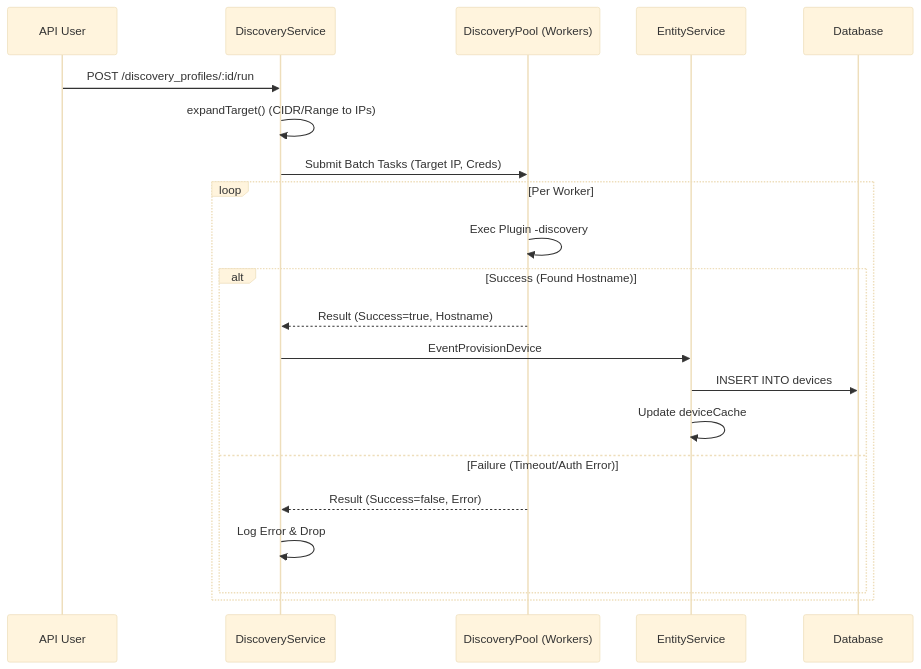
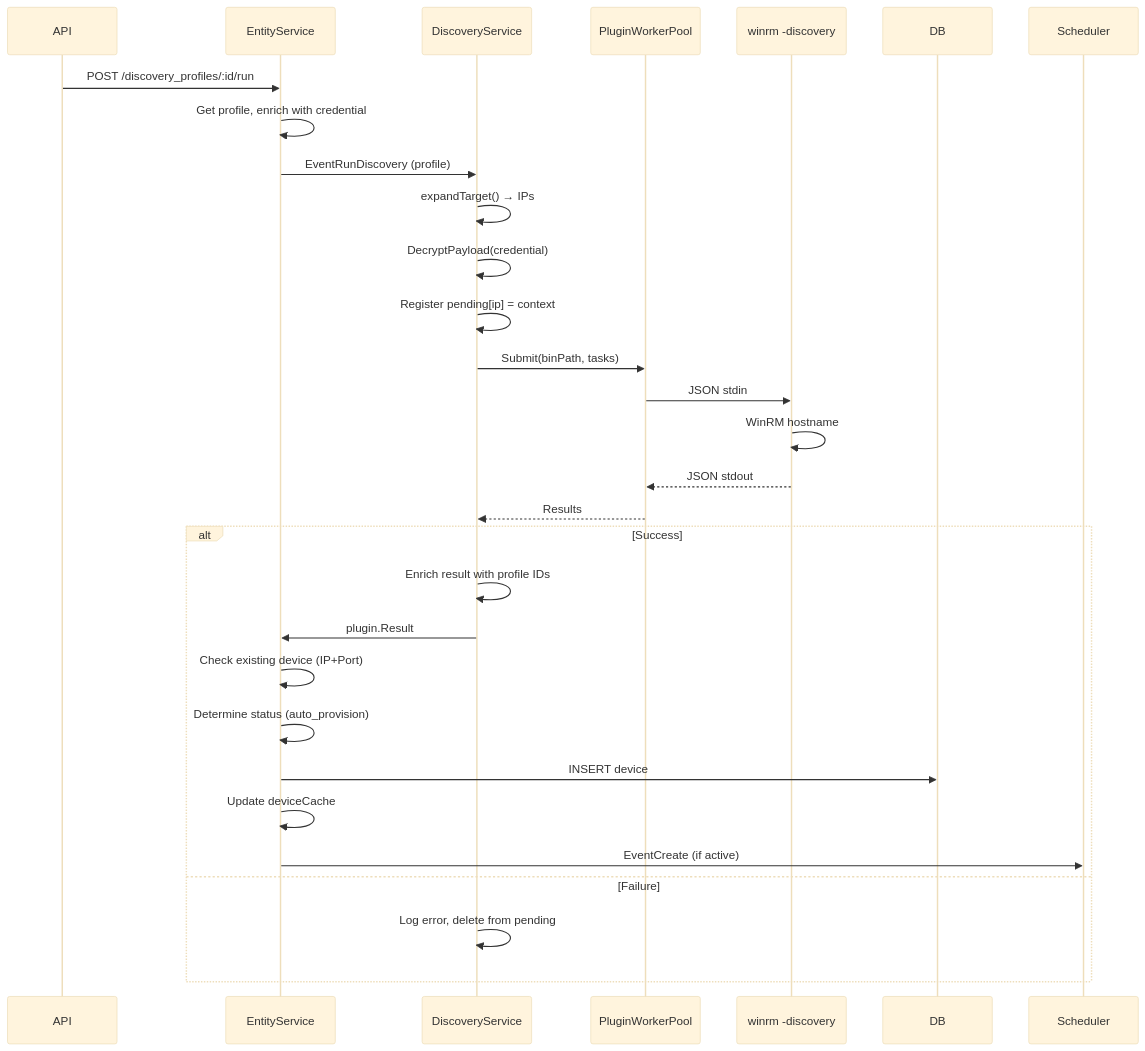
The first of 5 diagrams in flow.md (PremModhaOfficial/nms), drawn with Mermaid (base theme) before and after one commit. The commit also changed other lines of this file and 10 other files, not shown here.

````diff
--- a/flow.md
+++ b/flow.md
@@ -10,25 +5,31 @@
 ```mermaid
 sequenceDiagram
-    participant User as API User
+    participant API
+    participant ES as EntityService
     participant DS as DiscoveryService
-    participant DP as DiscoveryPool (Workers)
-    participant ES as EntityService
-    participant DB as Database
-
-    User->>DS: POST /discovery_profiles/:id/run
-    DS->>DS: expandTarget() (CIDR/Range to IPs)
-    DS->>DP: Submit Batch Tasks (Target IP, Creds)
+    participant Pool as PluginWorkerPool
+    participant Plugin as winrm -discovery
     
-    loop Per Worker
-        DP->>DP: Exec Plugin -discovery
-        alt Success (Found Hostname)
-            DP-->>DS: Result (Success=true, Hostname)
-            DS->>ES: EventProvisionDevice
-            ES->>DB: INSERT INTO devices
-            ES->>ES: Update deviceCache
-        else Failure (Timeout/Auth Error)
-            DP-->>DS: Result (Success=false, Error)
-            DS->>DS: Log Error & Drop
-        end
+    API->>ES: POST /discovery_profiles/:id/run
+    ES->>ES: Get profile, enrich with credential
+    ES->>DS: EventRunDiscovery (profile)
+    DS->>DS: expandTarget() → IPs
+    DS->>DS: DecryptPayload(credential)
+    DS->>DS: Register pending[ip] = context
+    DS->>Pool: Submit(binPath, tasks)
+    Pool->>Plugin: JSON stdin
+    Plugin->>Plugin: WinRM hostname
+    Plugin-->>Pool: JSON stdout
+    Pool-->>DS: Results
+    alt Success
+        DS->>DS: Enrich result with profile IDs
+        DS->>ES: plugin.Result
+        ES->>ES: Check existing device (IP+Port)
+        ES->>ES: Determine status (auto_provision)
+        ES->>DB: INSERT device
+        ES->>ES: Update deviceCache
+        ES->>Scheduler: EventCreate (if active)
+    else Failure
+        DS->>DS: Log error, delete from pending
     end
 ```
````
